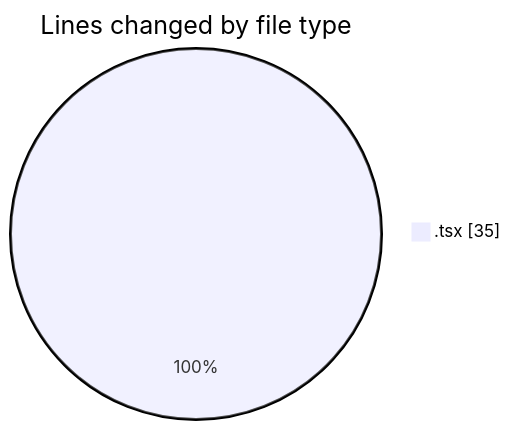
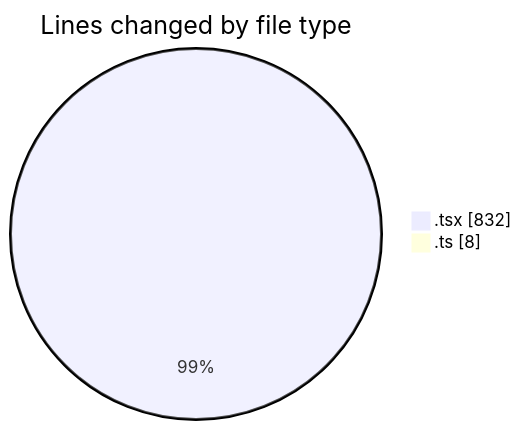
One commit to nxtqubesakshisongat/code-tracking changed the first of 2 diagrams in 2026-03-25/nxtqube_webapp/README.md. Above: the diagram before and after it, drawn with Mermaid. The commit also changed other lines of this file and 1 other file, not shown here.

````diff
--- a/2026-03-25/nxtqube_webapp/README.md
+++ b/2026-03-25/nxtqube_webapp/README.md
@@ -21,5 +23,6 @@
 ```mermaid
 pie showData
 title Lines changed by file type
-".tsx" : 35
+".tsx" : 832
+".ts" : 8
 ```
````
